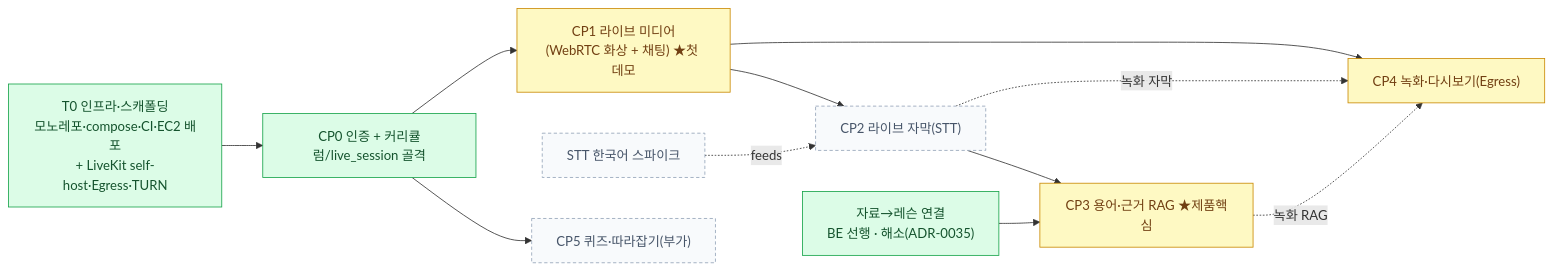
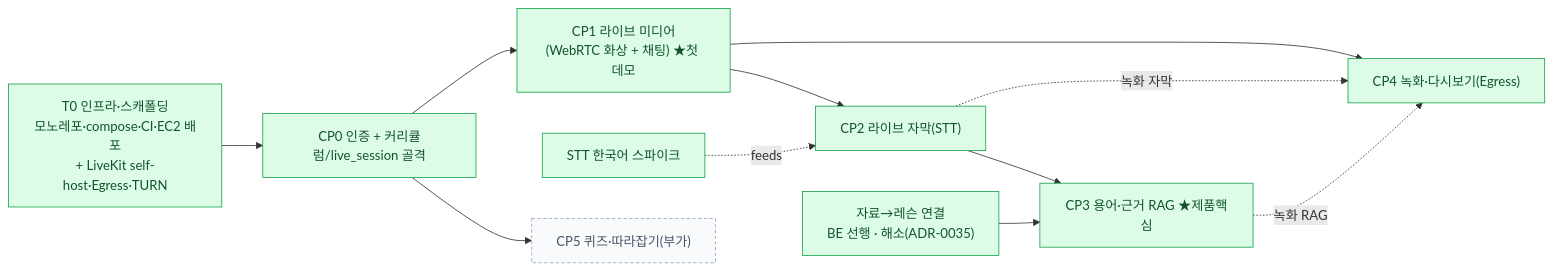
One commit to thdwjdrl401/jiphyeonjeon changed the diagram in docs/CP-ROADMAP.md. Above: the diagram before and after it, drawn with Mermaid. The commit also changed other lines of this file and 108 other files, not shown here.

````diff
--- a/docs/CP-ROADMAP.md
+++ b/docs/CP-ROADMAP.md
@@ -17,25 +17,24 @@
 ```mermaid
 flowchart LR
   classDef done fill:#dcfce7,stroke:#16a34a,color:#14532d
   classDef partial fill:#fef9c3,stroke:#ca8a04,color:#713f12
   classDef todo fill:#f8fafc,stroke:#94a3b8,color:#475569,stroke-dasharray:4 3
   classDef gap fill:#fee2e2,stroke:#dc2626,color:#7f1d1d
 
   T0["T0 인프라·스캐폴딩<br/>모노레포·compose·CI·EC2 배포<br/>+ LiveKit self-host·Egress·TURN"]
   SPK["STT 한국어 스파이크"]
   MAT["자료→레슨 연결<br/>BE 선행 · 해소(ADR-0035)"]
   T0 --> CP0["CP0 인증 + 커리큘럼/live_session 골격"]
   CP0 --> CP1["CP1 라이브 미디어<br/>(WebRTC 화상 + 채팅) ★첫 데모"]
   CP1 --> CP2["CP2 라이브 자막(STT)"]
   CP2 --> CP3["CP3 용어·근거 RAG ★제품핵심"]
   CP1 --> CP4["CP4 녹화·다시보기(Egress)"]
   CP0 --> CP5["CP5 퀴즈·따라잡기(부가)"]
   MAT --> CP3
   SPK -.feeds.-> CP2
   CP2 -.녹화 자막.-> CP4
   CP3 -.녹화 RAG.-> CP4
 
-  class T0,CP0,MAT done
-  class CP1,CP3,CP4 partial
-  class CP2,CP5,SPK todo
+  class T0,CP0,MAT,SPK,CP1,CP2,CP3,CP4 done
+  class CP5 todo
 ```
````
